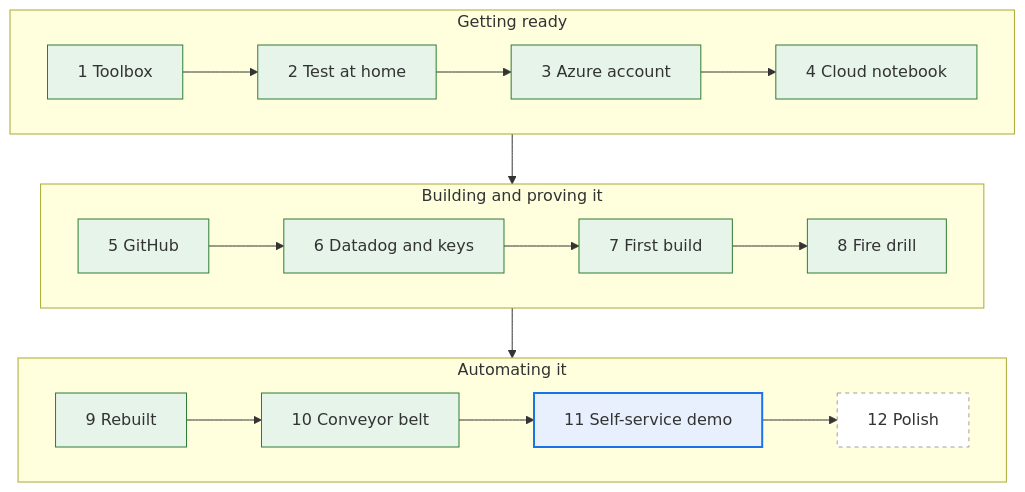
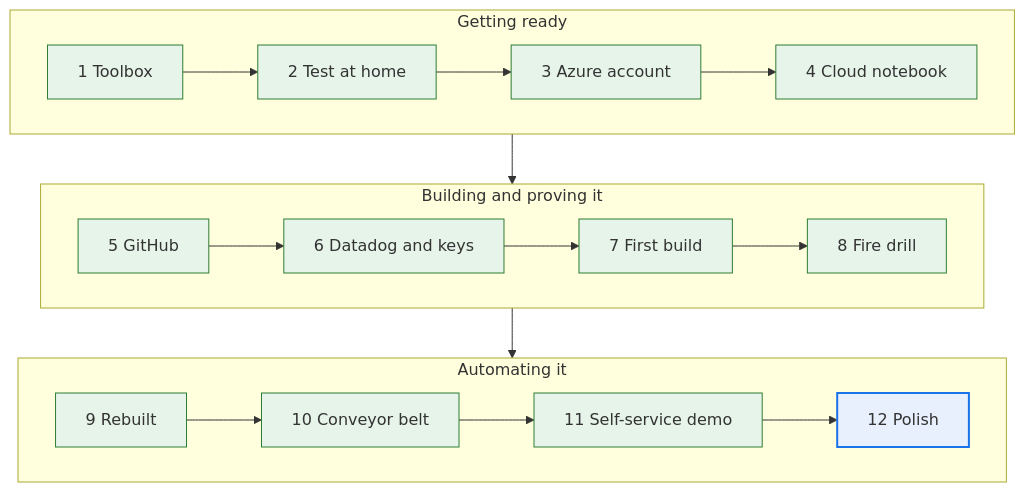
Before and after one commit to SANJU-571/self-service-monitoring-onboarding: the diagram in docs/project-journey.md, drawn with Mermaid. The commit also changed other lines of this file, not shown here.

````diff
--- a/docs/project-journey.md
+++ b/docs/project-journey.md
@@ -33,22 +37,21 @@
 ```mermaid
 flowchart TB
     subgraph R1[Getting ready]
         direction LR
         S1[1 Toolbox] --> S2[2 Test at home] --> S3[3 Azure account] --> S4[4 Cloud notebook]
     end
     subgraph R2[Building and proving it]
         direction LR
         S5[5 GitHub] --> S6[6 Datadog and keys] --> S7[7 First build] --> S8[8 Fire drill]
     end
     subgraph R3[Automating it]
         direction LR
         S9[9 Rebuilt] --> S10[10 Conveyor belt] --> S11[11 Self-service demo] --> S12[12 Polish]
     end
     R1 --> R2 --> R3
     classDef done fill:#e6f4ea,stroke:#2e7d32;
     classDef next fill:#e8f0fe,stroke:#1a73e8,stroke-width:2px;
     classDef later fill:#ffffff,stroke:#9e9e9e,stroke-dasharray: 4 4;
-    class S1,S2,S3,S4,S5,S6,S7,S8,S9,S10 done;
-    class S11 next;
-    class S12 later;
+    class S1,S2,S3,S4,S5,S6,S7,S8,S9,S10,S11 done;
+    class S12 next;
 ```
````
